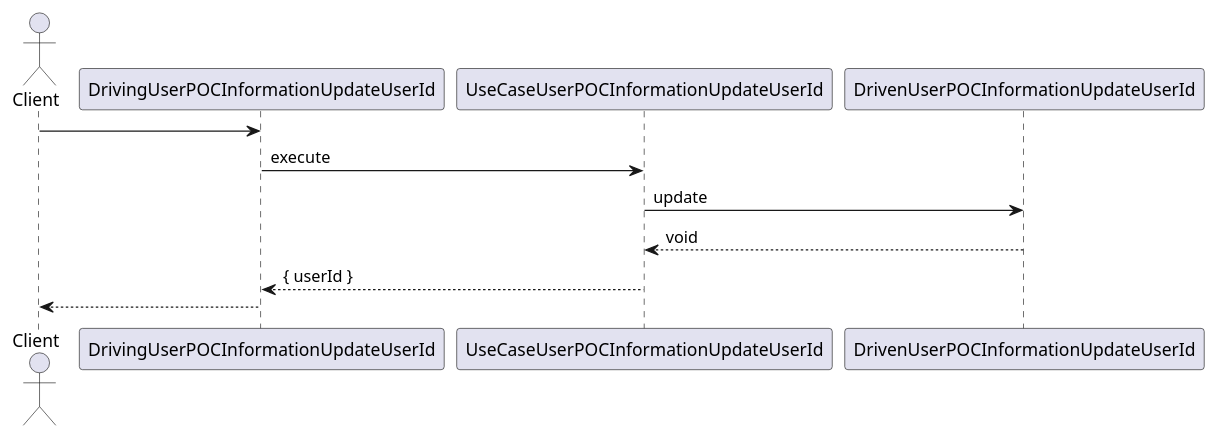
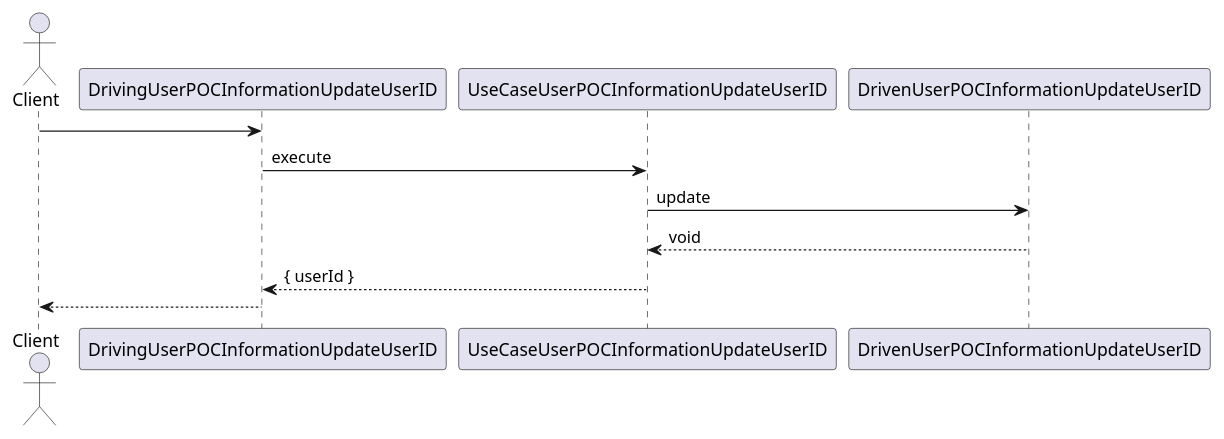
Before and after one commit to smhmayboudi/hono-poc: the diagram in src/domain/user-poc-information/application/use-case/user-poc-information-update-user-id.puml, drawn with PlantUML. The commit also changed 25 other files, not shown here.

```diff
--- a/src/domain/user-poc-information/application/use-case/user-poc-information-update-user-id.puml
+++ b/src/domain/user-poc-information/application/use-case/user-poc-information-update-user-id.puml
@@ -1,9 +1,9 @@
 @startuml UserPOCInformation UseCase Update UserId
 actor Client
-Client -> DrivingUserPOCInformationUpdateUserId
-DrivingUserPOCInformationUpdateUserId -> UseCaseUserPOCInformationUpdateUserId: execute
-UseCaseUserPOCInformationUpdateUserId -> DrivenUserPOCInformationUpdateUserId: update
-DrivenUserPOCInformationUpdateUserId --> UseCaseUserPOCInformationUpdateUserId: void
-UseCaseUserPOCInformationUpdateUserId --> DrivingUserPOCInformationUpdateUserId: { userId }
-DrivingUserPOCInformationUpdateUserId --> Client
+Client -> DrivingUserPOCInformationUpdateUserID
+DrivingUserPOCInformationUpdateUserID -> UseCaseUserPOCInformationUpdateUserID: execute
+UseCaseUserPOCInformationUpdateUserID -> DrivenUserPOCInformationUpdateUserID: update
+DrivenUserPOCInformationUpdateUserID --> UseCaseUserPOCInformationUpdateUserID: void
+UseCaseUserPOCInformationUpdateUserID --> DrivingUserPOCInformationUpdateUserID: { userId }
+DrivingUserPOCInformationUpdateUserID --> Client
 @enduml
```
